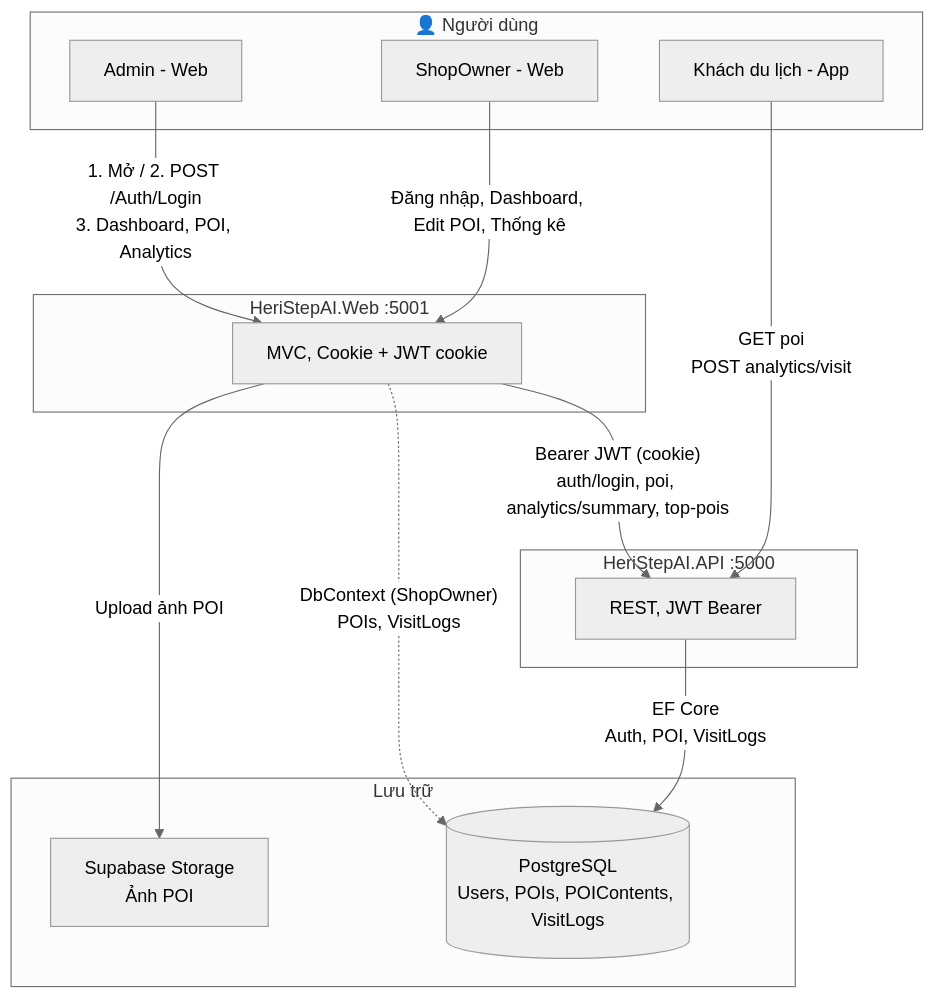
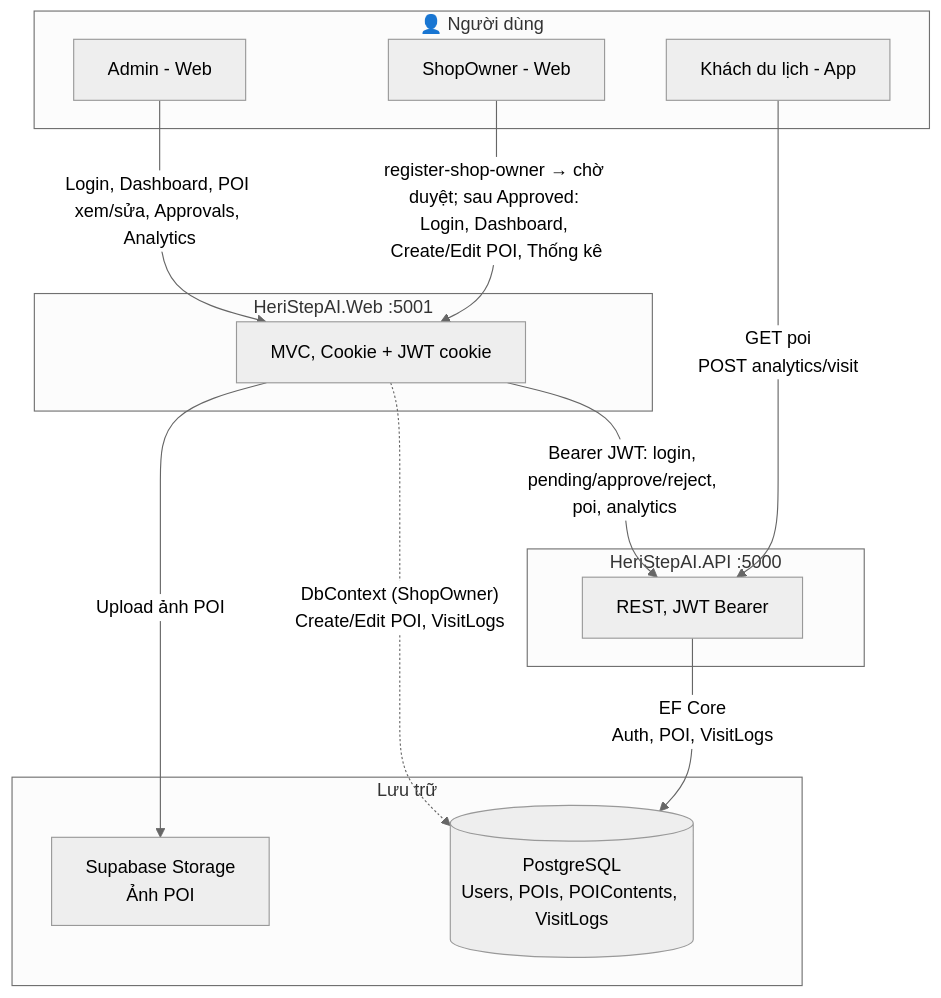
The second of 44 diagrams in docs/PRODUCT_REQUIREMENTS.md (KhanhChung2k5/k_tour), drawn with Mermaid (neutral theme) before and after one commit. The commit also changed other lines of this file, not shown here.

````diff
--- a/docs/PRODUCT_REQUIREMENTS.md
+++ b/docs/PRODUCT_REQUIREMENTS.md
@@ -333,30 +354,30 @@
 ```mermaid
 flowchart TB
     subgraph Users["👤 Người dùng"]
         A[Admin - Web]
         S[ShopOwner - Web]
         U[Khách du lịch - App]
     end
 
     subgraph Web["HeriStepAI.Web :5001"]
         W[MVC, Cookie + JWT cookie]
     end
 
     subgraph API["HeriStepAI.API :5000"]
         AP[REST, JWT Bearer]
     end
 
     subgraph Storage["Lưu trữ"]
         DB[(PostgreSQL<br/>Users, POIs, POIContents, VisitLogs)]
         SUP[Supabase Storage<br/>Ảnh POI]
     end
 
-    A -->|"1. Mở / 2. POST /Auth/Login<br/>3. Dashboard, POI, Analytics"| W
-    S -->|"Đăng nhập, Dashboard, Edit POI, Thống kê"| W
+    A -->|"Login, Dashboard, POI xem/sửa, Approvals, Analytics"| W
+    S -->|"register-shop-owner → chờ duyệt; sau Approved: Login, Dashboard, Create/Edit POI, Thống kê"| W
     U -->|"GET poi<br/>POST analytics/visit"| AP
 
-    W -->|"Bearer JWT (cookie)<br/>auth/login, poi, analytics/summary, top-pois"| AP
-    W -.->|"DbContext (ShopOwner)<br/>POIs, VisitLogs"| DB
+    W -->|"Bearer JWT: login, pending/approve/reject, poi, analytics"| AP
+    W -.->|"DbContext (ShopOwner)<br/>Create/Edit POI, VisitLogs"| DB
     W -->|"Upload ảnh POI"| SUP
     AP -->|"EF Core<br/>Auth, POI, VisitLogs"| DB
 ```
````
